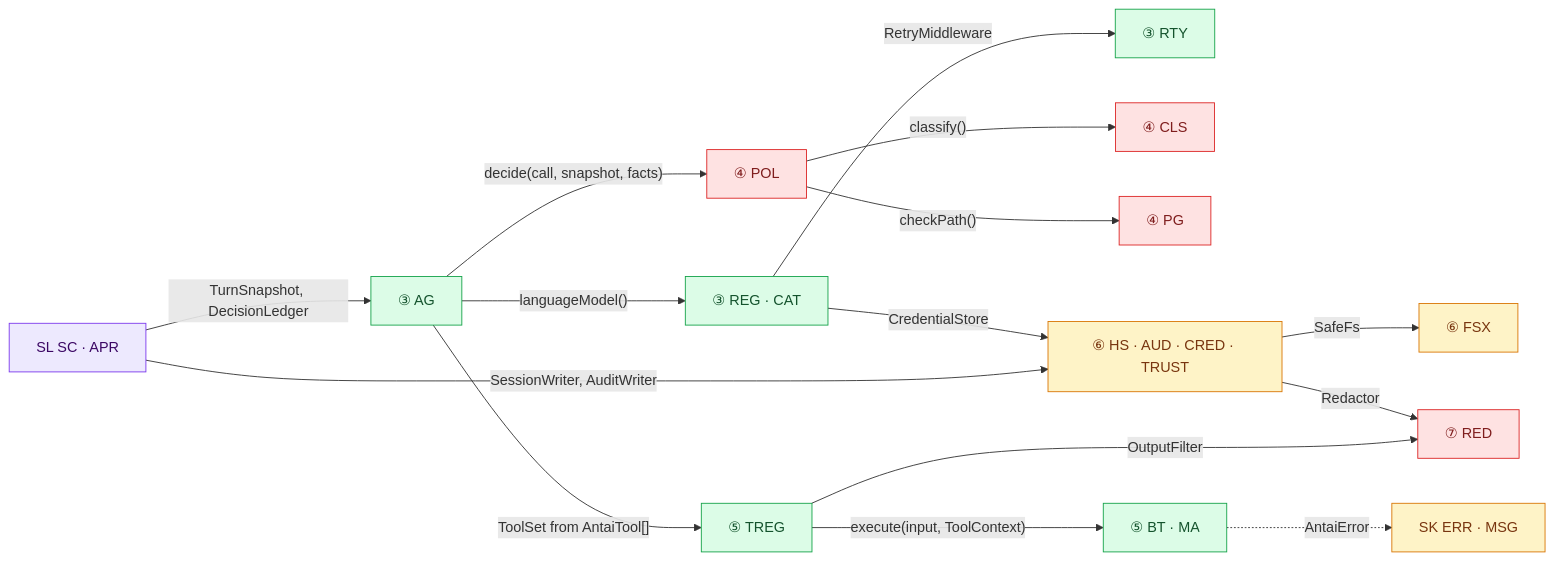
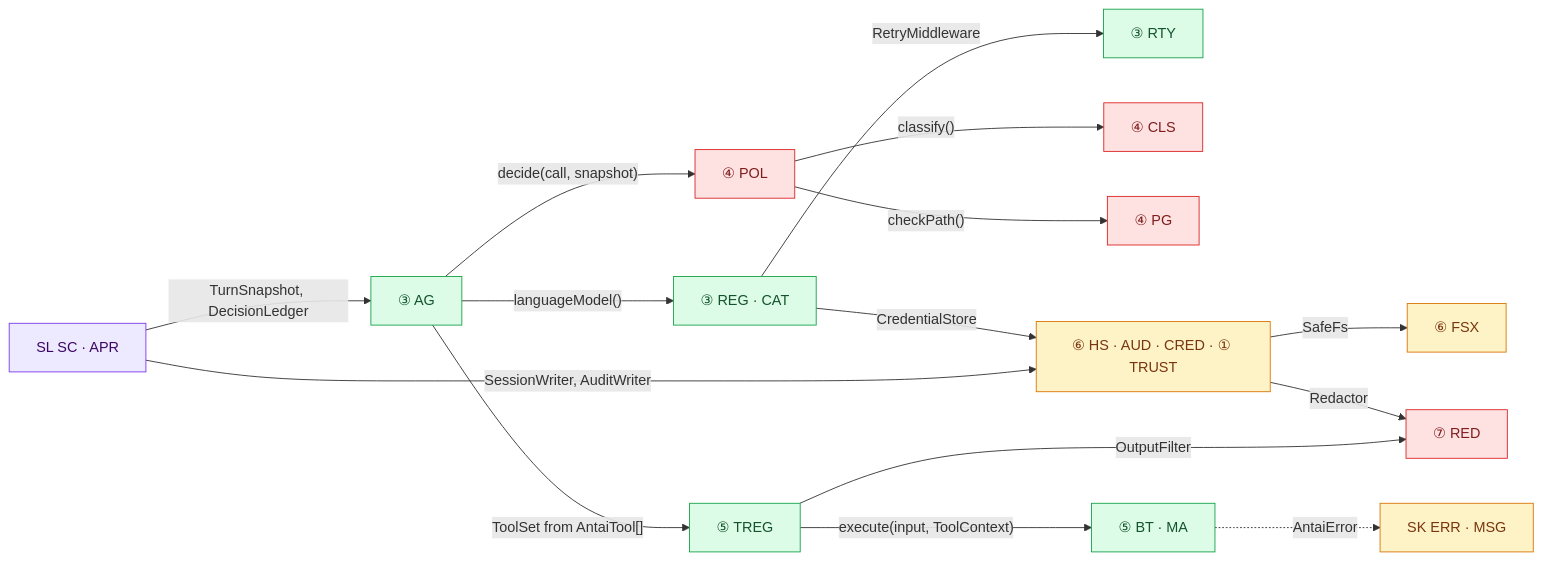
Before and after one commit to Dakshnagpal/antai-agent: the second of 6 diagrams in docs/Deliverables/11_interface_contracts_conventions.md, drawn with Mermaid. The commit also changed other lines of this file and 18 other files, not shown here.

````diff
--- a/docs/Deliverables/11_interface_contracts_conventions.md
+++ b/docs/Deliverables/11_interface_contracts_conventions.md
@@ -143,38 +152,38 @@
 ```mermaid
 flowchart LR
     SC["SL SC · APR"]
     AG["③ AG"]
     REG["③ REG · CAT"]
     RTY["③ RTY"]
     POL["④ POL"]
     CLS["④ CLS"]
     PG["④ PG"]
     TREG["⑤ TREG"]
     BT["⑤ BT · MA"]
     RED["⑦ RED"]
-    ST["⑥ HS · AUD · CRED · TRUST"]
+    ST["⑥ HS · AUD · CRED · ① TRUST"]
     FSX["⑥ FSX"]
     ERR["SK ERR · MSG"]
     SC -- "TurnSnapshot, DecisionLedger" --> AG
     AG -- "languageModel()" --> REG
     REG -- "RetryMiddleware" --> RTY
-    AG -- "decide(call, snapshot, facts)" --> POL
+    AG -- "decide(call, snapshot)" --> POL
     POL -- "classify()" --> CLS
     POL -- "checkPath()" --> PG
     AG -- "ToolSet from AntaiTool[]" --> TREG
     TREG -- "execute(input, ToolContext)" --> BT
     TREG -- "OutputFilter" --> RED
     SC -- "SessionWriter, AuditWriter" --> ST
     REG -- "CredentialStore" --> ST
     ST -- "SafeFs" --> FSX
     ST -- "Redactor" --> RED
     BT -. "AntaiError" .-> ERR
     classDef orch fill:#ede9fe,stroke:#7c3aed,color:#3b0764
     classDef core fill:#dcfce7,stroke:#16a34a,color:#14532d
     classDef safety fill:#fee2e2,stroke:#dc2626,color:#7f1d1d
     classDef infra fill:#fef3c7,stroke:#d97706,color:#78350f
     class SC orch
     class AG,REG,RTY,TREG,BT core
     class POL,CLS,PG,RED safety
     class ST,FSX,ERR infra
 ```
````
